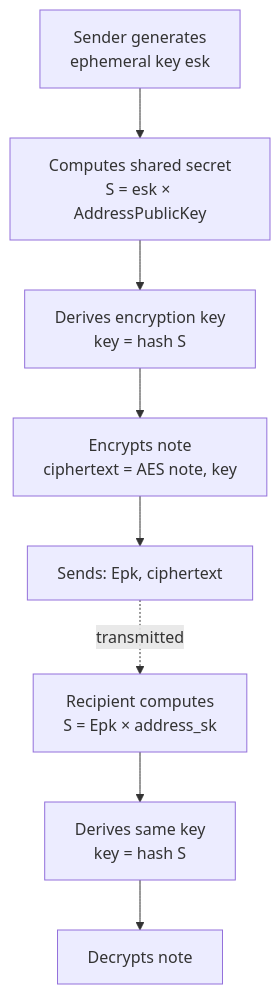
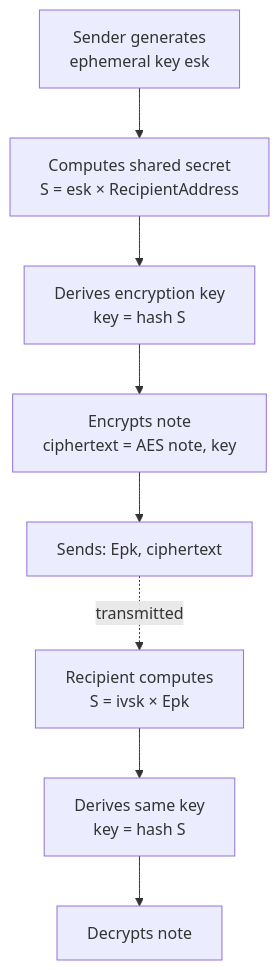
The diagram in docs/developer_versioned_docs/version-v3.0.0-devnet.5/docs/concepts/accounts/keys.md (Forostovec/aztec-packages), drawn with Mermaid before and after one commit. The commit also changed other lines of this file and 36 other files, not shown here.

````diff
--- a/docs/developer_versioned_docs/version-v3.0.0-devnet.5/docs/concepts/accounts/keys.md
+++ b/docs/developer_versioned_docs/version-v3.0.0-devnet.5/docs/concepts/accounts/keys.md
@@ -67,11 +66,11 @@
 ```mermaid
 graph TB
-    A[Sender generates<br/>ephemeral key esk] --> B[Computes shared secret<br/>S = esk × AddressPublicKey]
+    A[Sender generates<br/>ephemeral key esk] --> B[Computes shared secret<br/>S = esk × RecipientAddress]
     B --> C[Derives encryption key<br/>key = hash S]
     C --> D[Encrypts note<br/>ciphertext = AES note, key]
     D --> E[Sends: Epk, ciphertext]
 
-    E -.->|transmitted| F[Recipient computes<br/>S = Epk × address_sk]
+    E -.->|transmitted| F[Recipient computes<br/>S = ivsk × Epk]
     F --> G[Derives same key<br/>key = hash S]
     G --> H[Decrypts note]
 ```
````
